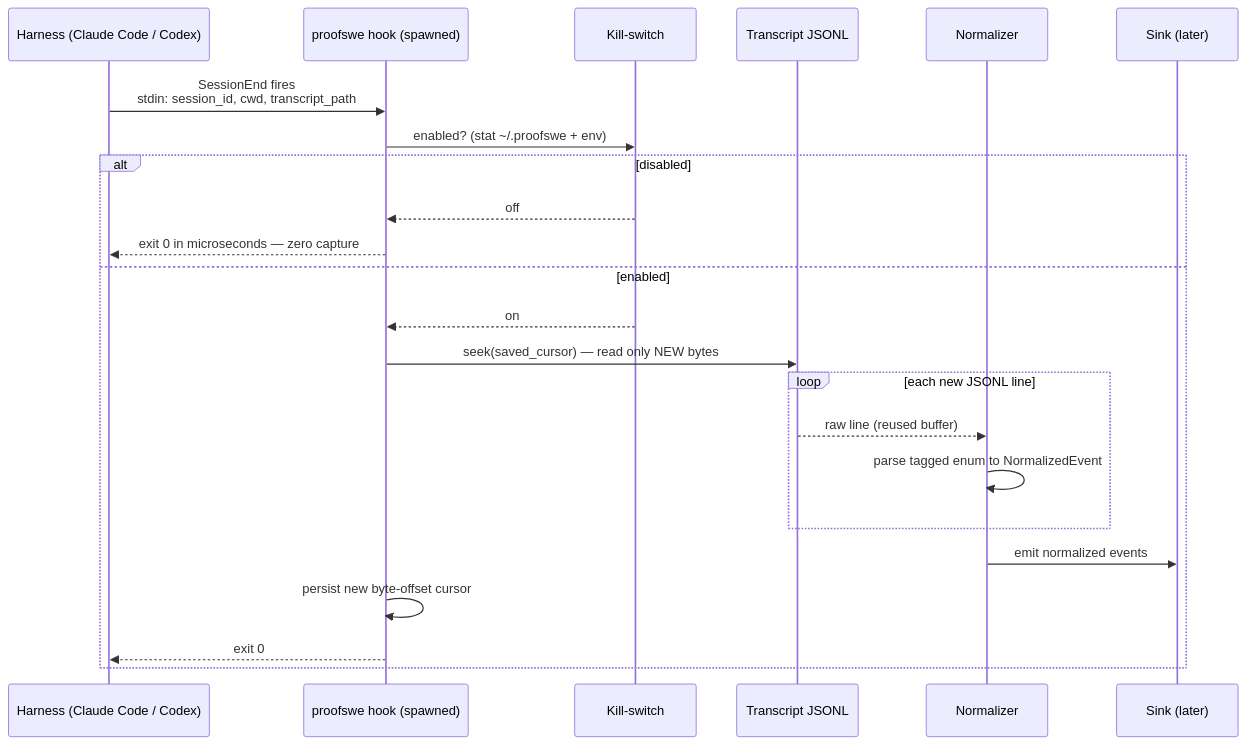
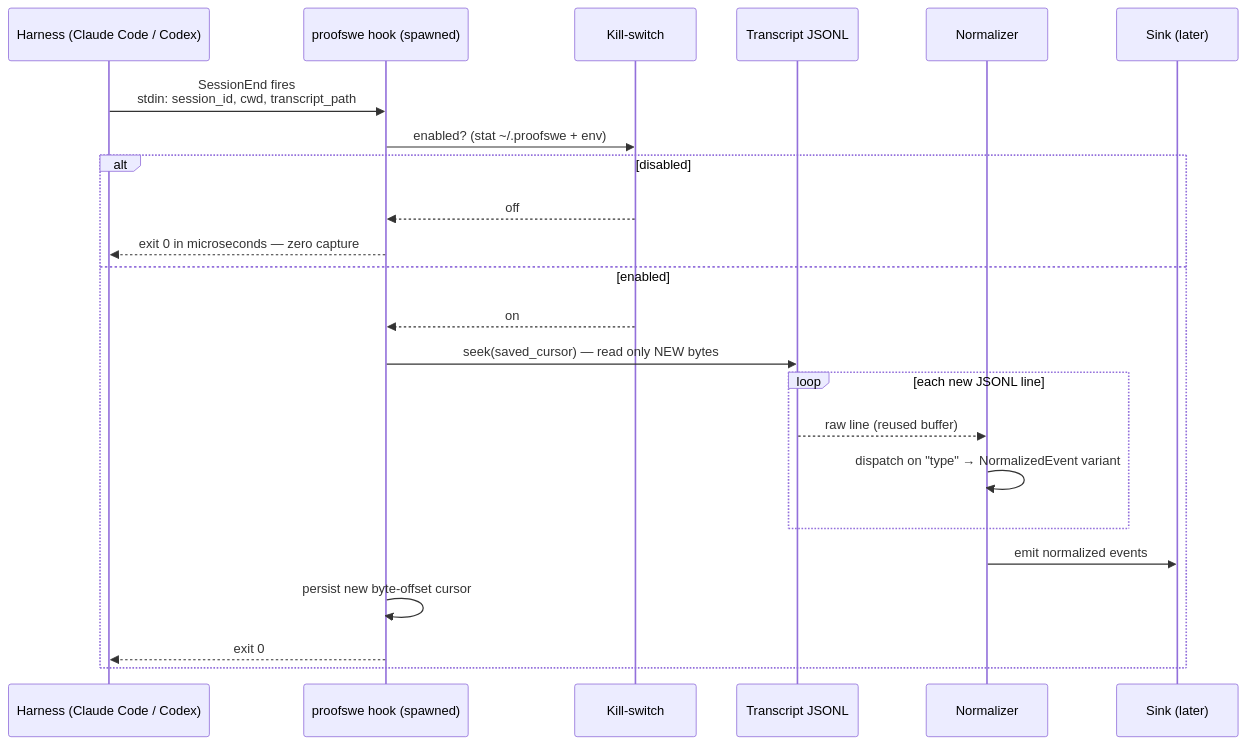
Before and after one commit to Atharva-Kanherkar/proofswe: the second of 5 diagrams in docs/CAPTURE.md, drawn with Mermaid. The commit also changed other lines of this file and 1 other file, not shown here.

````diff
--- a/docs/CAPTURE.md
+++ b/docs/CAPTURE.md
@@ -82,26 +95,26 @@
 ```mermaid
 sequenceDiagram
     participant Harness as Harness (Claude Code / Codex)
     participant Hook as proofswe hook (spawned)
     participant KS as Kill-switch
     participant TR as Transcript JSONL
     participant N as Normalizer
     participant Sink as Sink (later)
 
     Harness->>Hook: SessionEnd fires<br/>stdin: session_id, cwd, transcript_path
     Hook->>KS: enabled? (stat ~/.proofswe + env)
     alt disabled
         KS-->>Hook: off
         Hook-->>Harness: exit 0 in microseconds — zero capture
     else enabled
         KS-->>Hook: on
         Hook->>TR: seek(saved_cursor) — read only NEW bytes
         loop each new JSONL line
             TR-->>N: raw line (reused buffer)
-            N->>N: parse tagged enum to NormalizedEvent
+            N->>N: dispatch on "type" → NormalizedEvent variant
         end
         N->>Sink: emit normalized events
         Hook->>Hook: persist new byte-offset cursor
         Hook-->>Harness: exit 0
     end
 ```
````
